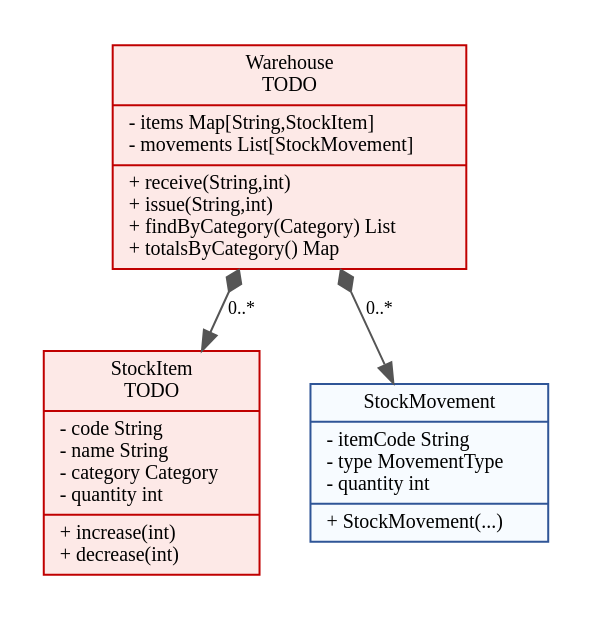
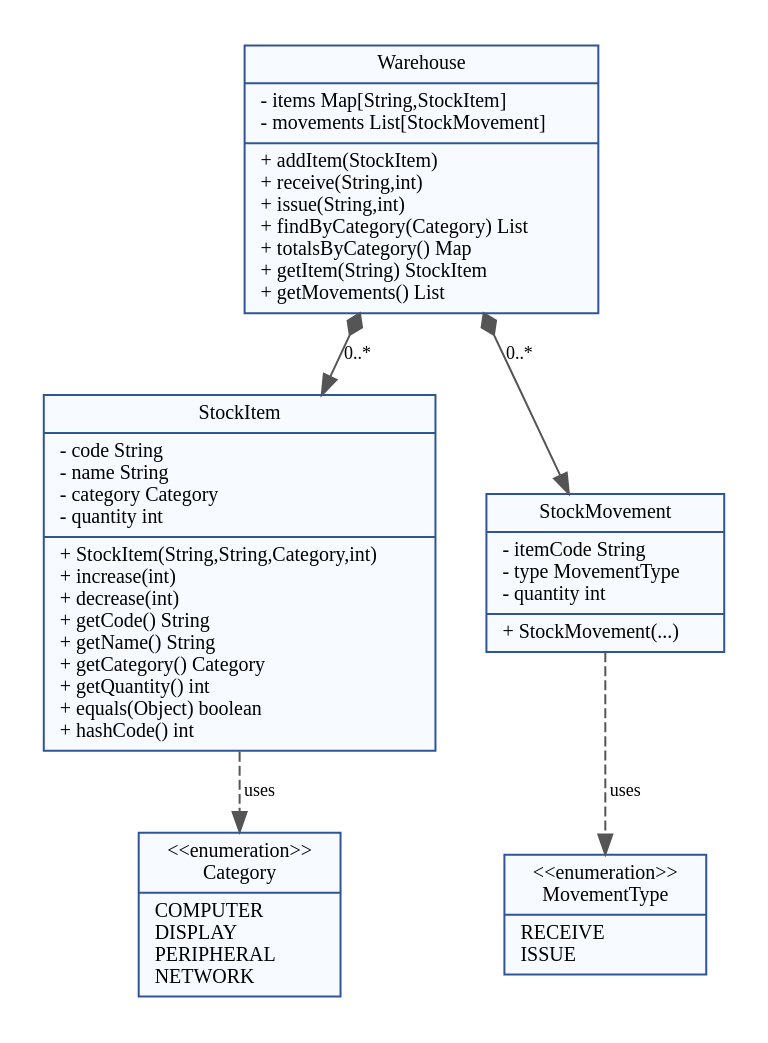
One commit to d1nexer/JavaLearning changed the diagram in PR9/class_partial.dot. Above: the diagram before and after it, drawn with Graphviz. The commit also changed 9 other files, not shown here.

```diff
--- a/PR9/class_partial.dot
+++ b/PR9/class_partial.dot
@@ -1,10 +1,14 @@
 digraph C {
-graph [rankdir=TB, bgcolor="white", pad=0.2, nodesep=0.35, ranksep=0.4];
-node [shape=record, style="filled", fontname="Times New Roman", fontsize=10, color="#2F5597", fillcolor="#F7FBFF"];
-edge [fontname="Times New Roman", fontsize=9, color="#555555"];
-w [label="{Warehouse\nTODO|- items Map[String,StockItem]\l- movements List[StockMovement]\l|+ receive(String,int)\l+ issue(String,int)\l+ findByCategory(Category) List\l+ totalsByCategory() Map\l}", fillcolor="#FDE9E7", color="#C00000"];
-i [label="{StockItem\nTODO|- code String\l- name String\l- category Category\l- quantity int\l|+ increase(int)\l+ decrease(int)\l}", fillcolor="#FDE9E7", color="#C00000"];
-m [label="{StockMovement|- itemCode String\l- type MovementType\l- quantity int\l|+ StockMovement(...)\l}", fillcolor="#F7FBFF", color="#2F5597"];
-w -> i [label="0..*",arrowtail=diamond,dir=both];
-w -> m [label="0..*",arrowtail=diamond,dir=both];
+  graph [rankdir=TB, bgcolor="white", pad=0.2, nodesep=0.35, ranksep=0.4];
+  node [shape=record, style="filled", fontname="Times New Roman", fontsize=10, color="#2F5597", fillcolor="#F7FBFF"];
+  edge [fontname="Times New Roman", fontsize=9, color="#555555"];
+  w [label="{Warehouse|- items Map[String,StockItem]\l- movements List[StockMovement]\l|+ addItem(StockItem)\l+ receive(String,int)\l+ issue(String,int)\l+ findByCategory(Category) List\l+ totalsByCategory() Map\l+ getItem(String) StockItem\l+ getMovements() List\l}", fillcolor="#F7FBFF", color="#2F5597"];
+  i [label="{StockItem|- code String\l- name String\l- category Category\l- quantity int\l|+ StockItem(String,String,Category,int)\l+ increase(int)\l+ decrease(int)\l+ getCode() String\l+ getName() String\l+ getCategory() Category\l+ getQuantity() int\l+ equals(Object) boolean\l+ hashCode() int\l}", fillcolor="#F7FBFF", color="#2F5597"];
+  m [label="{StockMovement|- itemCode String\l- type MovementType\l- quantity int\l|+ StockMovement(...)\l}", fillcolor="#F7FBFF", color="#2F5597"];
+  c [label="{\<\<enumeration\>\>\nCategory|COMPUTER\lDISPLAY\lPERIPHERAL\lNETWORK\l}", fillcolor="#F7FBFF", color="#2F5597"];
+  mt [label="{\<\<enumeration\>\>\nMovementType|RECEIVE\lISSUE\l}", fillcolor="#F7FBFF", color="#2F5597"];
+  w -> i [label="0..*", arrowtail=diamond, dir=both];
+  w -> m [label="0..*", arrowtail=diamond, dir=both];
+  i -> c [style=dashed, label="uses"];
+  m -> mt [style=dashed, label="uses"];
 }
```
